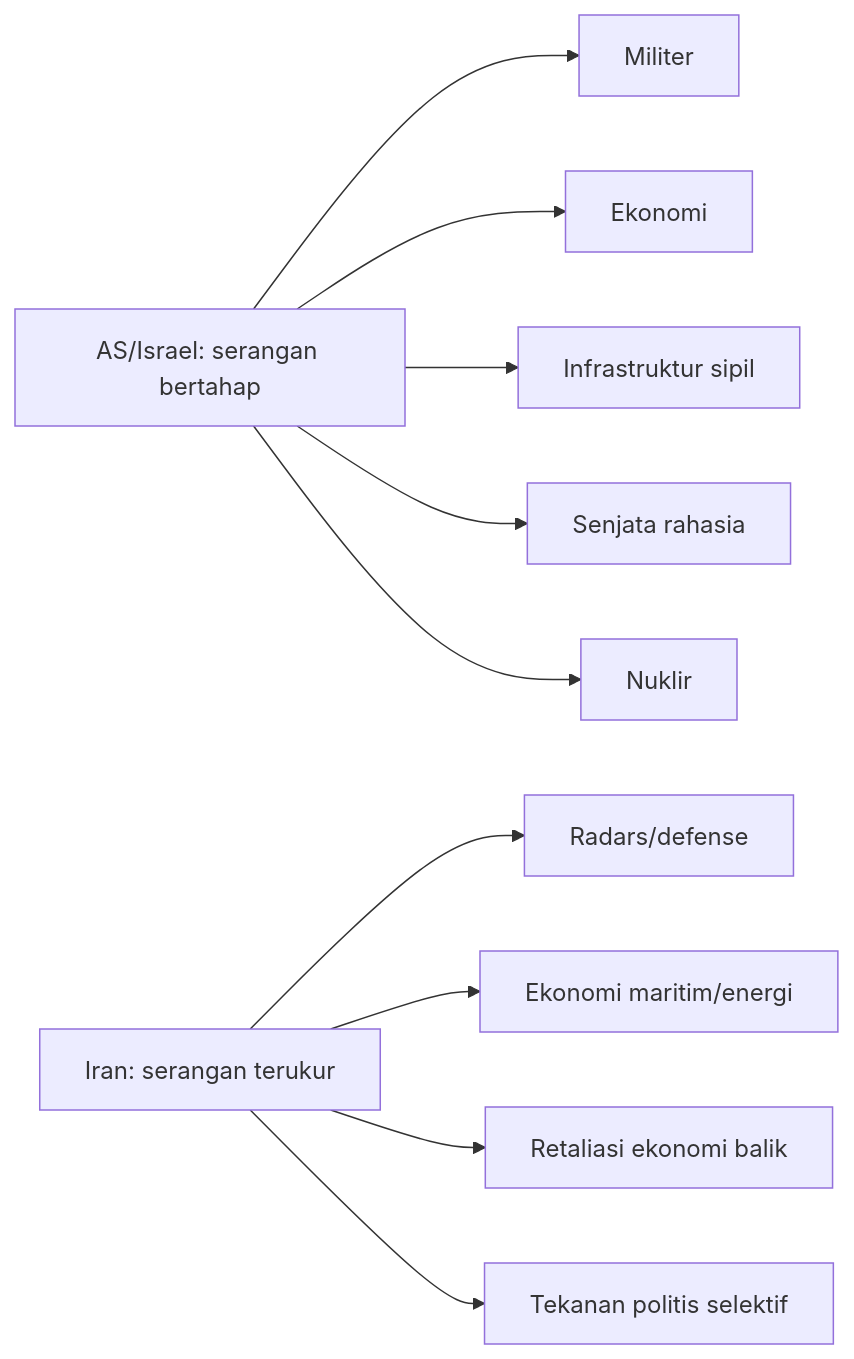
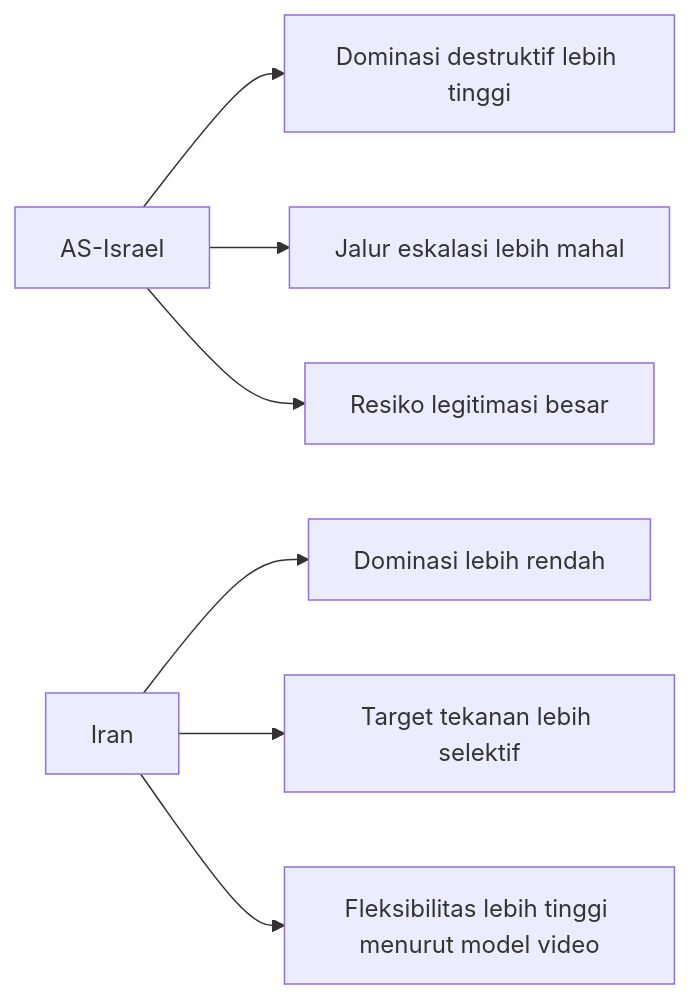
The fourth of 8 diagrams in src/content/articles/game-theory-law-of-escalation-us-iran-war-esok-sekarang-mengeja-eskalasi-strategi-geopolitik.mdx (dwirx/BangunAI-Blog), drawn with Mermaid before and after one commit. The commit also changed other lines of this file, not shown here.

````diff
--- a/src/content/articles/game-theory-law-of-escalation-us-iran-war-esok-sekarang-mengeja-eskalasi-strategi-geopolitik.mdx
+++ b/src/content/articles/game-theory-law-of-escalation-us-iran-war-esok-sekarang-mengeja-eskalasi-strategi-geopolitik.mdx
@@ -154,12 +228,10 @@
 ```mermaid
 flowchart LR
-    A[AS/Israel: serangan bertahap] --> B[Militer]
-    A --> C[Ekonomi]
-    A --> D[Infrastruktur sipil]
-    A --> E[Senjata rahasia]
-    A --> F[Nuklir]
-    G[Iran: serangan terukur] --> H[Radars/defense]
-    G --> I[Ekonomi maritim/energi]
-    G --> J[Retaliasi ekonomi balik]
-    G --> K[Tekanan politis selektif]
+    A[AS-Israel] --> A1[Dominasi destruktif lebih tinggi]
+    A --> A2[Jalur eskalasi lebih mahal]
+    A --> A3[Resiko legitimasi besar]
+
+    B[Iran] --> B1[Dominasi lebih rendah]
+    B --> B2[Target tekanan lebih selektif]
+    B --> B3[Fleksibilitas lebih tinggi menurut model video]
 ```
````
